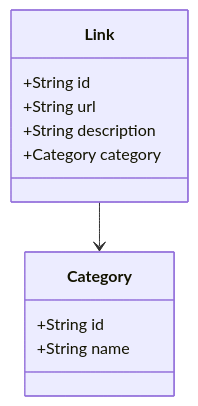
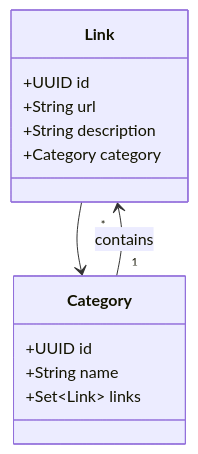
Before and after one commit to giselle-ferreira/java-spring-api-railway: the diagram in README.md, drawn with Mermaid.

````diff
--- a/README.md
+++ b/README.md
@@ -19,18 +19,19 @@
 ```mermaid
 classDiagram
     class Link {
-        +String id
+        +UUID id
         +String url
         +String description
         +Category category
     }
 
     class Category {
-        +String id
+        +UUID id
         +String name
+        +Set~Link~ links
     }
 
     Link --> Category
-
+    Category "1" --> "*" Link : contains
 
 ```
````
